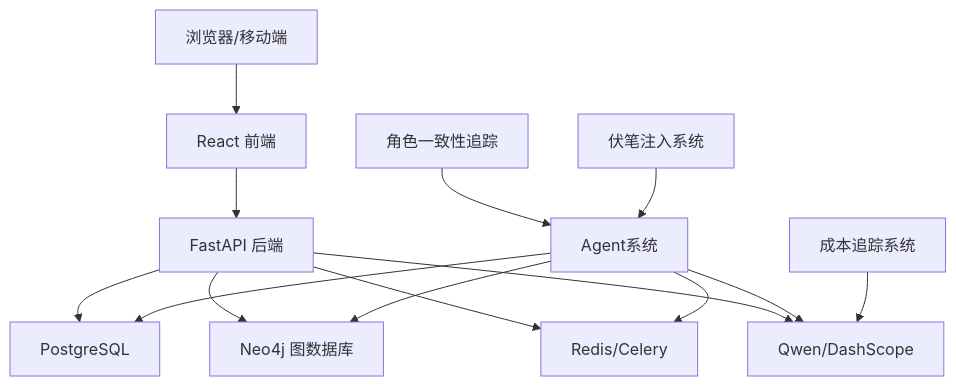
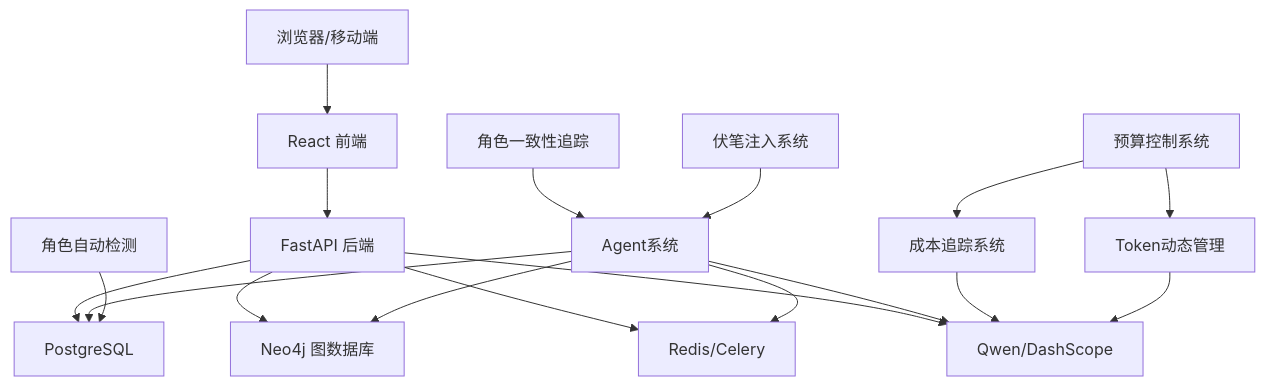
One commit to xfbyxq/ai-novel-system changed the second of 18 diagrams in .qoder/repowiki/zh/content/项目概述/项目概述.md. Above: the diagram before and after it, drawn with Mermaid. The commit also changed other lines of this file and 1 other file, not shown here.

````diff
--- a/.qoder/repowiki/zh/content/项目概述/项目概述.md
+++ b/.qoder/repowiki/zh/content/项目概述/项目概述.md
@@ -180,16 +197,20 @@
 ```mermaid
 graph TB
 Client["浏览器/移动端"] --> FE["React 前端"]
 FE --> BE["FastAPI 后端"]
 BE --> DB["PostgreSQL"]
 BE --> GraphDB["Neo4j 图数据库"]
 BE --> Queue["Redis/Celery"]
 BE --> LLM["Qwen/DashScope"]
 Sys["Agent系统"] --> LLM
 Sys --> Queue
 Sys --> DB
 Sys --> GraphDB
 Cost["成本追踪系统"] --> LLM
 Consistency["角色一致性追踪"] --> Sys
 Foreshadowing["伏笔注入系统"] --> Sys
+CharDetector["角色自动检测"] --> DB
+TokenCalc["Token动态管理"] --> LLM
+Budget["预算控制系统"] --> Cost
+Budget --> TokenCalc
 ```
````
